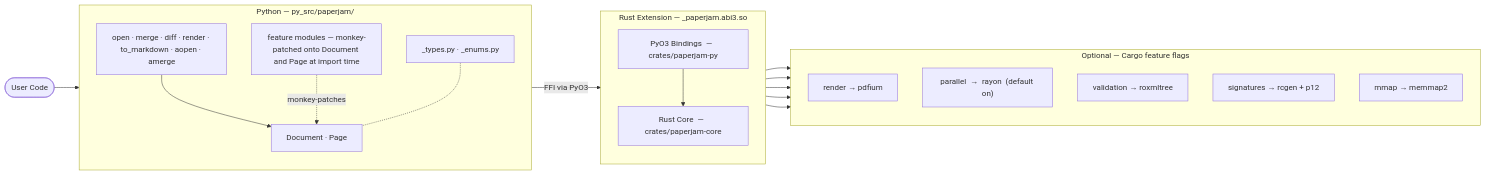
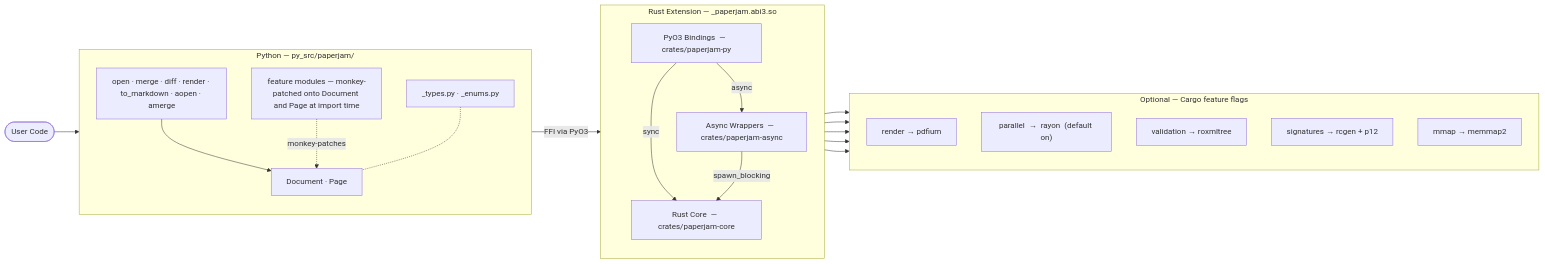
Before and after one commit to ByteVeda/paperjam: the first of 2 diagrams in docs/architecture.md, drawn with Mermaid. The commit also changed other lines of this file and 3 other files, not shown here.

Commit message:
docs: update async guide and architecture for native Rust async

````diff
--- a/docs/architecture.md
+++ b/docs/architecture.md
@@ -5,35 +5,38 @@
 ```{mermaid}
 flowchart LR
     User(["User Code"])
 
     subgraph PY["Python  —  py_src/paperjam/"]
         direction TB
         TopFns["open · merge · diff · render · to_markdown · aopen · amerge"]
         DocPage["Document  ·  Page"]
         Mods["feature modules — monkey-patched onto Document and Page at import time"]
         Types["_types.py  ·  _enums.py"]
     end
 
     subgraph RS["Rust Extension  —  _paperjam.abi3.so"]
         direction TB
         Bindings["PyO3 Bindings  —  crates/paperjam-py"]
+        Async["Async Wrappers  —  crates/paperjam-async"]
         Core["Rust Core  —  crates/paperjam-core"]
     end
 
     subgraph OPT["Optional  —  Cargo feature flags"]
         direction TB
         F1["render  →  pdfium"]
         F2["parallel  →  rayon  (default on)"]
         F3["validation  →  roxmltree"]
         F4["signatures  →  rcgen + p12"]
         F5["mmap  →  memmap2"]
     end
 
     User --> TopFns
     TopFns --> DocPage
     Mods -.->|"monkey-patches"| DocPage
     Types -.- DocPage
     DocPage -->|"FFI via PyO3"| Bindings
-    Bindings --> Core
+    Bindings -->|"sync"| Core
+    Bindings -->|"async"| Async
+    Async -->|"spawn_blocking"| Core
     Core --> F1 & F2 & F3 & F4 & F5
 ```
````
